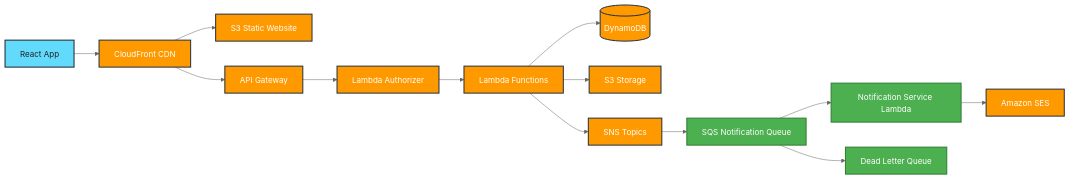
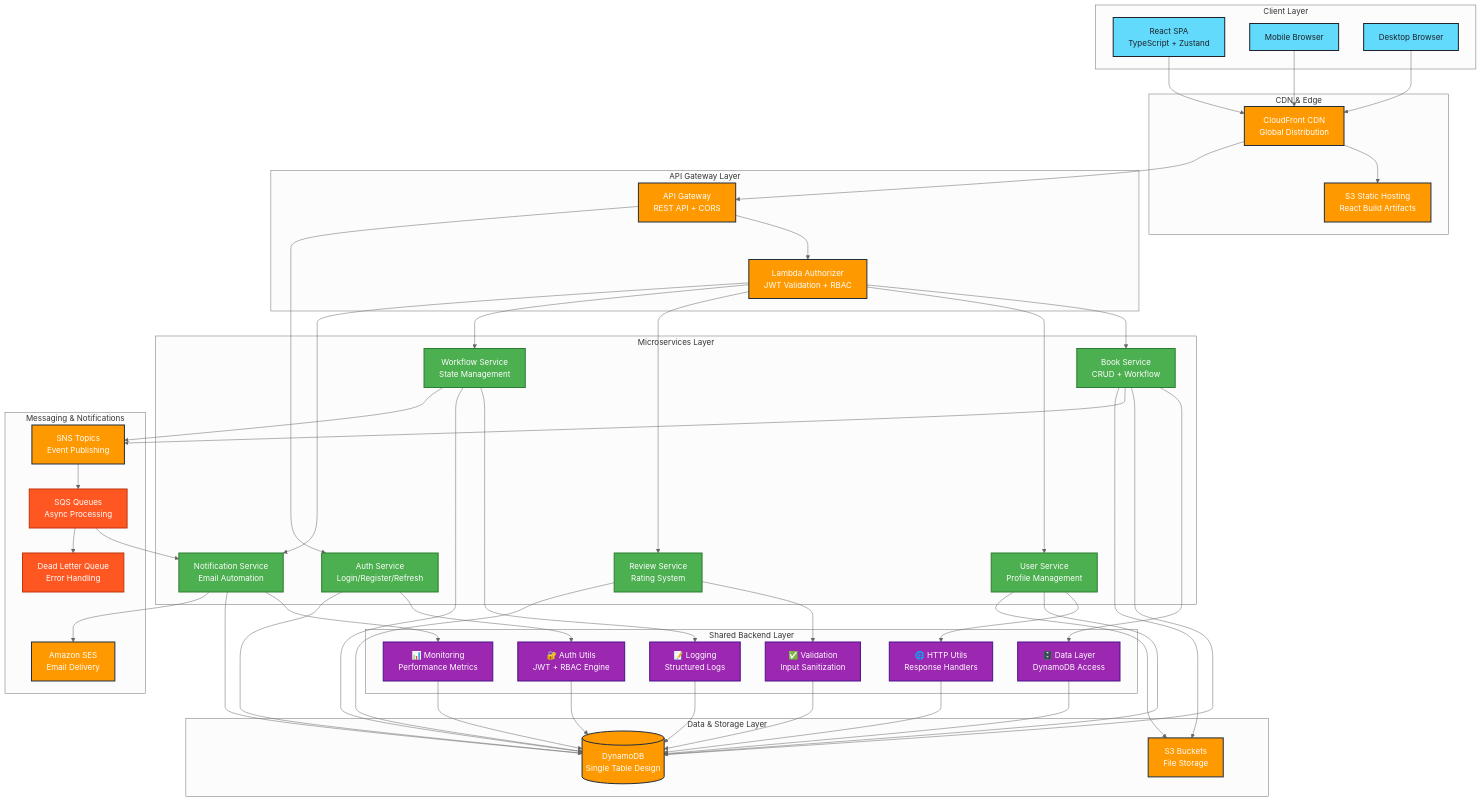
The first of 12 diagrams in README.md (prasadguuduru/book-management), drawn with Mermaid (neutral theme) before and after one commit. The commit also changed other lines of this file and 6 other files, not shown here.

````diff
--- a/README.md
+++ b/README.md
@@ -56,26 +97,115 @@
 ```mermaid
-graph LR
-    Client[React App] --> CloudFront[CloudFront CDN]
-    CloudFront --> S3[S3 Static Website]
-    CloudFront --> APIGateway[API Gateway]
-    APIGateway --> Authorizer[Lambda Authorizer]
-    Authorizer --> Lambda[Lambda Functions]
-    Lambda --> DynamoDB[(DynamoDB)]
-    Lambda --> S3Files[S3 Storage]
+graph TB
+    subgraph "Client Layer"
+        Client[React SPA<br/>TypeScript + Zustand]
+        Mobile[Mobile Browser]
+        Desktop[Desktop Browser]
+    end
     
-    %% Notification Flow (Fixed)
-    Lambda --> SNS[SNS Topics]
-    SNS --> SQS[SQS Notification Queue]
-    SQS --> NotificationLambda[Notification Service Lambda]
-    NotificationLambda --> SES[Amazon SES]
-    SQS --> DLQ[Dead Letter Queue]
+    subgraph "CDN & Edge"
+        CloudFront[CloudFront CDN<br/>Global Distribution]
+        S3Web[S3 Static Hosting<br/>React Build Artifacts]
+    end
+    
+    subgraph "API Gateway Layer"
+        APIGateway[API Gateway<br/>REST API + CORS]
+        Authorizer[Lambda Authorizer<br/>JWT Validation + RBAC]
+    end
+    
+    subgraph "Microservices Layer"
+        AuthService[Auth Service<br/>Login/Register/Refresh]
+        BookService[Book Service<br/>CRUD + Workflow]
+        UserService[User Service<br/>Profile Management]
+        ReviewService[Review Service<br/>Rating System]
+        WorkflowService[Workflow Service<br/>State Management]
+        NotificationService[Notification Service<br/>Email Automation]
+    end
+    
+    subgraph "Shared Backend Layer"
+        SharedAuth[🔐 Auth Utils<br/>JWT + RBAC Engine]
+        SharedData[🗄️ Data Layer<br/>DynamoDB Access]
+        SharedHTTP[🌐 HTTP Utils<br/>Response Handlers]
+        SharedValidation[✅ Validation<br/>Input Sanitization]
+        SharedLogging[📝 Logging<br/>Structured Logs]
+        SharedMonitoring[📊 Monitoring<br/>Performance Metrics]
+    end
+    
+    subgraph "Data & Storage Layer"
+        DynamoDB[(DynamoDB<br/>Single Table Design)]
+        S3Files[S3 Buckets<br/>File Storage]
+    end
+    
+    subgraph "Messaging & Notifications"
+        SNS[SNS Topics<br/>Event Publishing]
+        SQS[SQS Queues<br/>Async Processing]
+        SES[Amazon SES<br/>Email Delivery]
+        DLQ[Dead Letter Queue<br/>Error Handling]
+    end
+    
+    %% Client connections
+    Client --> CloudFront
+    Mobile --> CloudFront
+    Desktop --> CloudFront
+    
+    %% CDN connections
+    CloudFront --> S3Web
+    CloudFront --> APIGateway
+    
+    %% API Gateway connections
+    APIGateway --> Authorizer
+    APIGateway --> AuthService
+    Authorizer --> BookService
+    Authorizer --> UserService
+    Authorizer --> ReviewService
+    Authorizer --> WorkflowService
+    Authorizer --> NotificationService
+    
+    %% Shared layer connections
+    AuthService --> SharedAuth
+    BookService --> SharedData
+    UserService --> SharedHTTP
+    ReviewService --> SharedValidation
+    WorkflowService --> SharedLogging
+    NotificationService --> SharedMonitoring
+    
+    %% Data layer connections
+    SharedAuth --> DynamoDB
+    SharedData --> DynamoDB
+    SharedHTTP --> DynamoDB
+    SharedValidation --> DynamoDB
+    SharedLogging --> DynamoDB
+    SharedMonitoring --> DynamoDB
+    
+    %% Direct service connections
+    AuthService --> DynamoDB
+    BookService --> DynamoDB
+    UserService --> DynamoDB
+    ReviewService --> DynamoDB
+    WorkflowService --> DynamoDB
+    NotificationService --> DynamoDB
+    
+    %% Messaging connections
+    WorkflowService --> SNS
+    BookService --> SNS
+    SNS --> SQS
+    SQS --> NotificationService
+    NotificationService --> SES
+    SQS --> DLQ
+    
+    %% File storage
+    BookService --> S3Files
+    UserService --> S3Files
     
     %% Styling
     classDef aws fill:#FF9900,stroke:#232F3E,stroke-width:2px,color:#fff
     classDef client fill:#61DAFB,stroke:#20232A,stroke-width:2px,color:#20232A
-    classDef notification fill:#4CAF50,stroke:#2E7D32,stroke-width:2px,color:#fff
+    classDef microservice fill:#4CAF50,stroke:#2E7D32,stroke-width:2px,color:#fff
+    classDef shared fill:#9C27B0,stroke:#4A148C,stroke-width:2px,color:#fff
+    classDef messaging fill:#FF5722,stroke:#BF360C,stroke-width:2px,color:#fff
     
-    class CloudFront,APIGateway,Authorizer,Lambda,DynamoDB,S3,S3Files,SNS,SES aws
-    class Client client
-    class SQS,NotificationLambda,DLQ notification
+    class CloudFront,APIGateway,Authorizer,DynamoDB,S3Web,S3Files,SNS,SES aws
+    class Client,Mobile,Desktop client
+    class AuthService,BookService,UserService,ReviewService,WorkflowService,NotificationService microservice
+    class SharedAuth,SharedData,SharedHTTP,SharedValidation,SharedLogging,SharedMonitoring shared
+    class SQS,DLQ messaging
 ```
````
